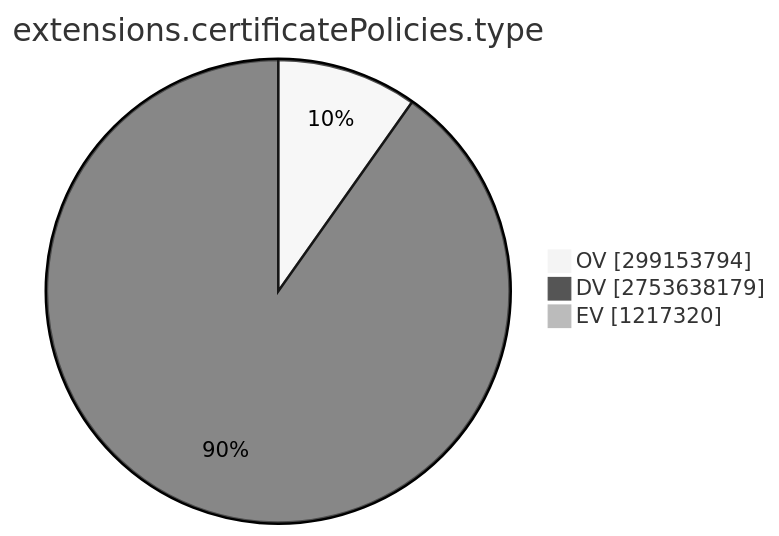
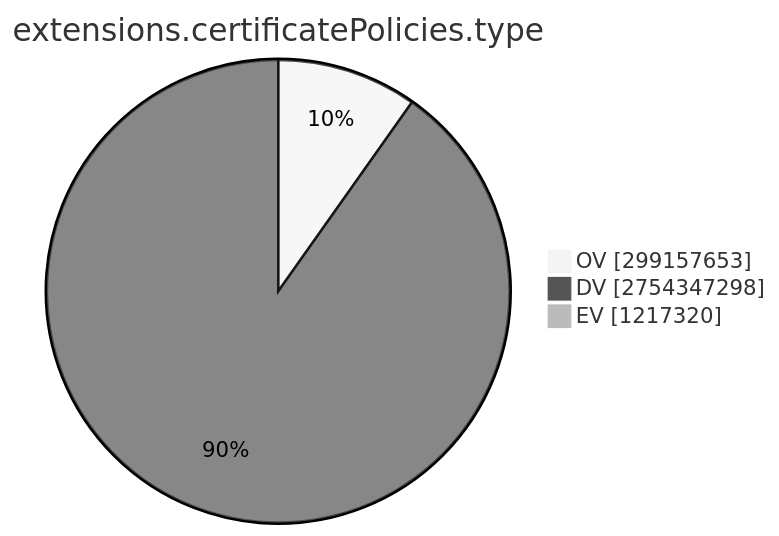
Before and after one commit to christiankrug/ctmonitor_visualization: the ninth of 15 diagrams in TOTAL/README.md, drawn with Mermaid (neutral theme). The commit also changed other lines of this file, not shown here.

````diff
--- a/TOTAL/README.md
+++ b/TOTAL/README.md
@@ -3100,7 +3101,7 @@
 ```mermaid
 pie showData
 title extensions.certificatePolicies.type
-"OV" :299153794
-"DV" :2753638179
+"OV" :299157653
+"DV" :2754347298
 "EV" :1217320
 ```
````
